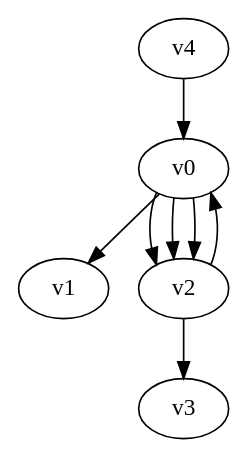
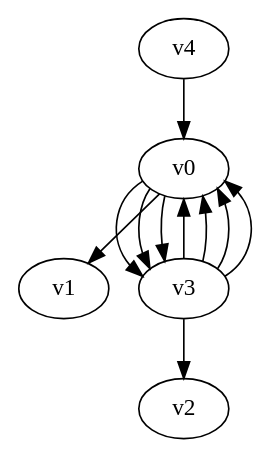
Before and after one commit to yadej/graph_project: the diagram in digraph.dot, drawn with Graphviz. The commit also changed 1 other file, not shown here.

```diff
--- a/digraph.dot
+++ b/digraph.dot
@@ -1,9 +1,12 @@
 digraph G { 
 v0 -> v1;
-v0 -> v2;
-v0 -> v2;
-v0 -> v2;
-v2 -> v0;
-v2 -> v3;
+v0 -> v3;
+v0 -> v3;
+v0 -> v3;
+v3 -> v0;
+v3 -> v0;
+v3 -> v0;
+v3 -> v0;
+v3 -> v2;
 v4 -> v0;
 }
```
